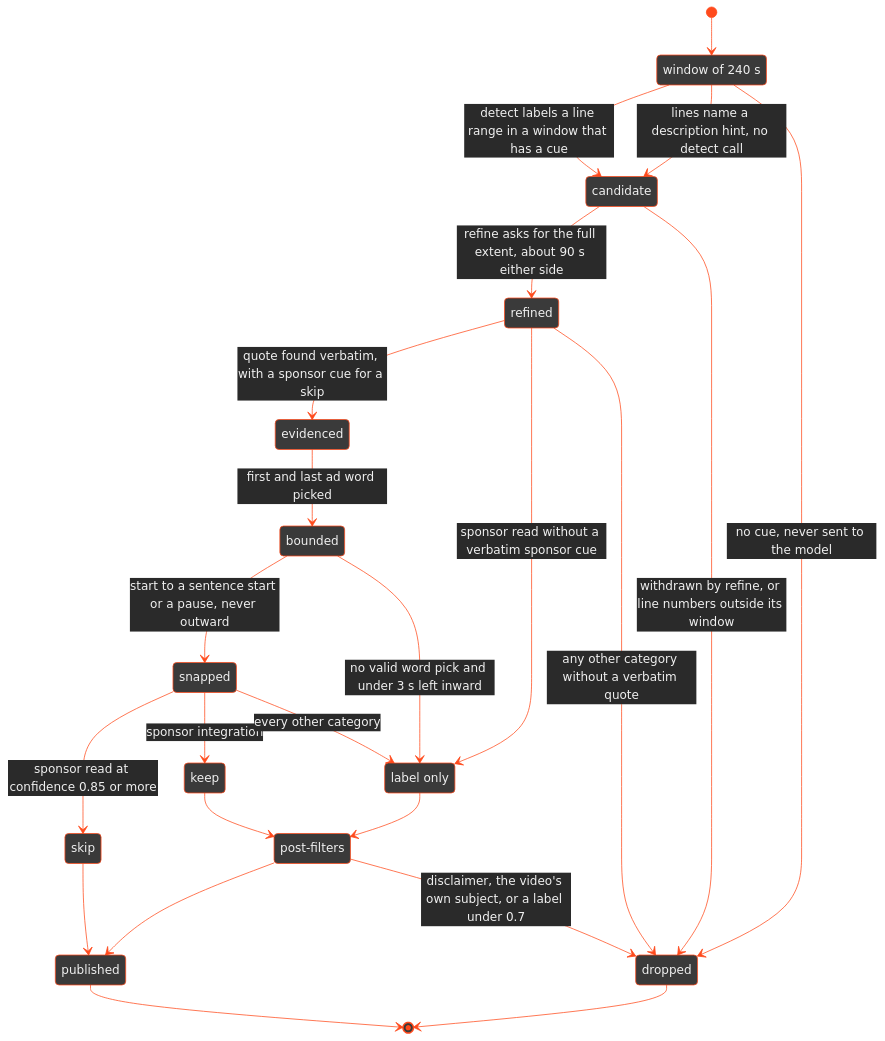
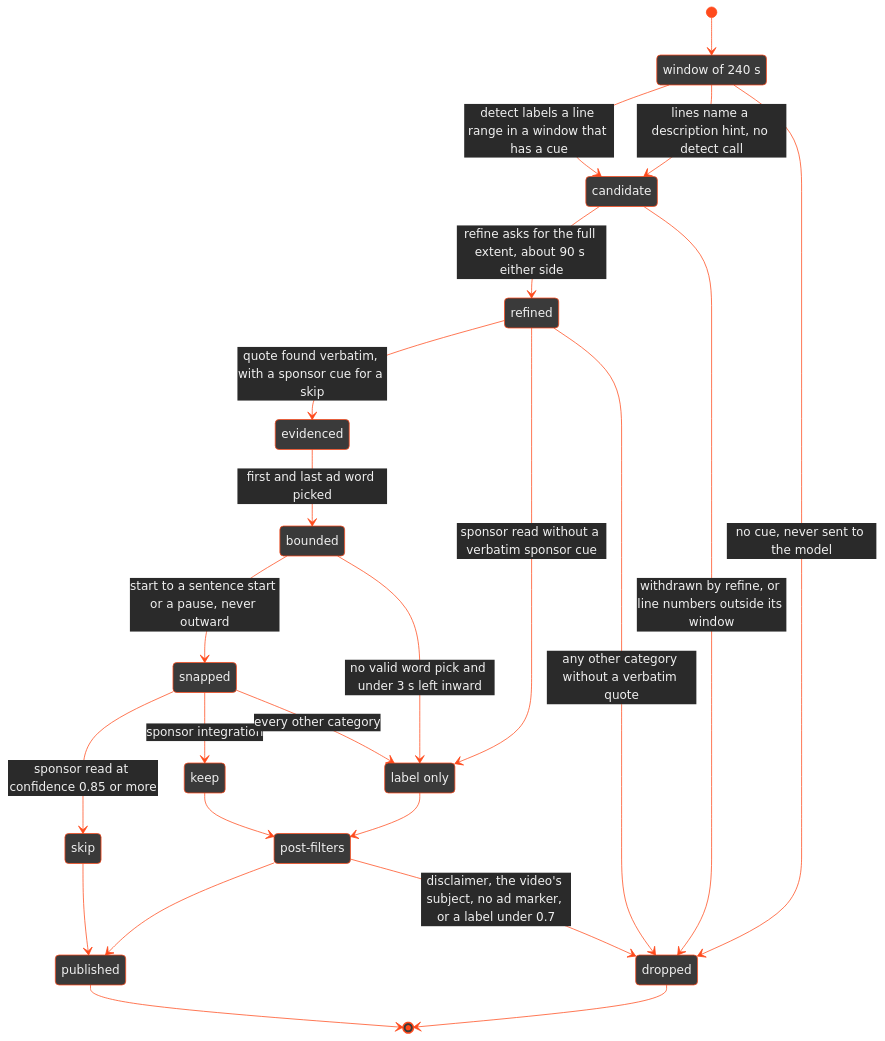
Before and after one commit to atishaypahadiya/second-read: the third of 3 diagrams in README.md, drawn with Mermaid. The commit also changed other lines of this file and 5 other files, not shown here.

````diff
--- a/README.md
+++ b/README.md
@@ -93,29 +93,29 @@
 ```mermaid
 %%{init: {'theme': 'base', 'themeVariables': {'primaryColor': '#3A3A3A', 'primaryTextColor': '#F0F0F0', 'primaryBorderColor': '#FF4A1C', 'lineColor': '#FF4A1C', 'secondaryColor': '#2A2A2A', 'tertiaryColor': '#2A2A2A', 'tertiaryTextColor': '#F0F0F0', 'edgeLabelBackground': '#2A2A2A', 'transitionColor': '#FF4A1C', 'transitionLabelColor': '#F0F0F0', 'stateLabelColor': '#F0F0F0', 'stateBkg': '#3A3A3A', 'stateBorder': '#FF4A1C', 'specialStateColor': '#FF4A1C', 'innerEndBackground': '#FF4A1C'}, 'themeCSS': 'marker path { fill: #FF4A1C; stroke: #FF4A1C; }'}}%%
 stateDiagram-v2
   state "window of 240 s" as window
   state "label only" as labelOnly
   state "post-filters" as post
   [*] --> window
   window --> candidate: detect labels a line range in a window that has a cue
   window --> candidate: lines name a description hint, no detect call
   window --> dropped: no cue, never sent to the model
   candidate --> refined: refine asks for the full extent, about 90 s either side
   candidate --> dropped: withdrawn by refine, or line numbers outside its window
   refined --> evidenced: quote found verbatim, with a sponsor cue for a skip
   refined --> labelOnly: sponsor read without a verbatim sponsor cue
   refined --> dropped: any other category without a verbatim quote
   evidenced --> bounded: first and last ad word picked
   bounded --> snapped: start to a sentence start or a pause, never outward
   bounded --> labelOnly: no valid word pick and under 3 s left inward
   snapped --> skip: sponsor read at confidence 0.85 or more
   snapped --> keep: sponsor integration
   snapped --> labelOnly: every other category
   skip --> published
   keep --> post
   labelOnly --> post
   post --> published
-  post --> dropped: disclaimer, the video's own subject, or a label under 0.7
+  post --> dropped: disclaimer, the video's subject, no ad marker, or a label under 0.7
   published --> [*]
   dropped --> [*]
 ```
````
